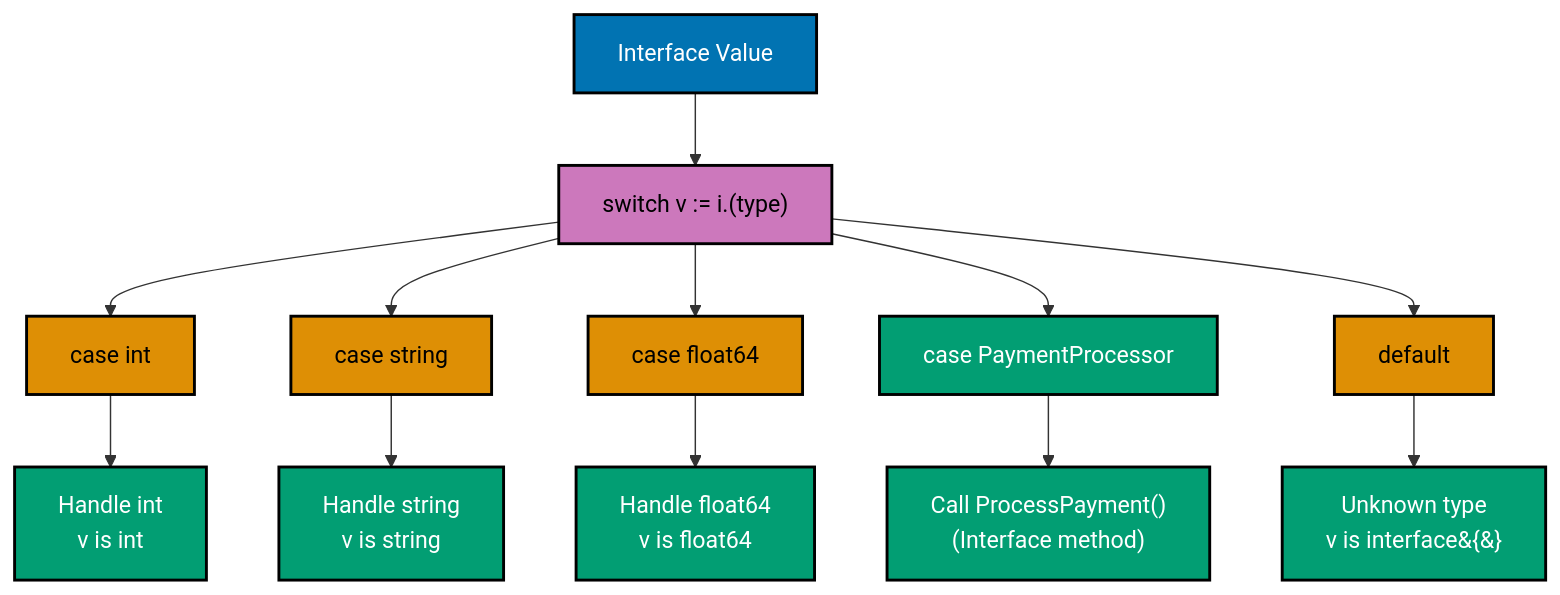
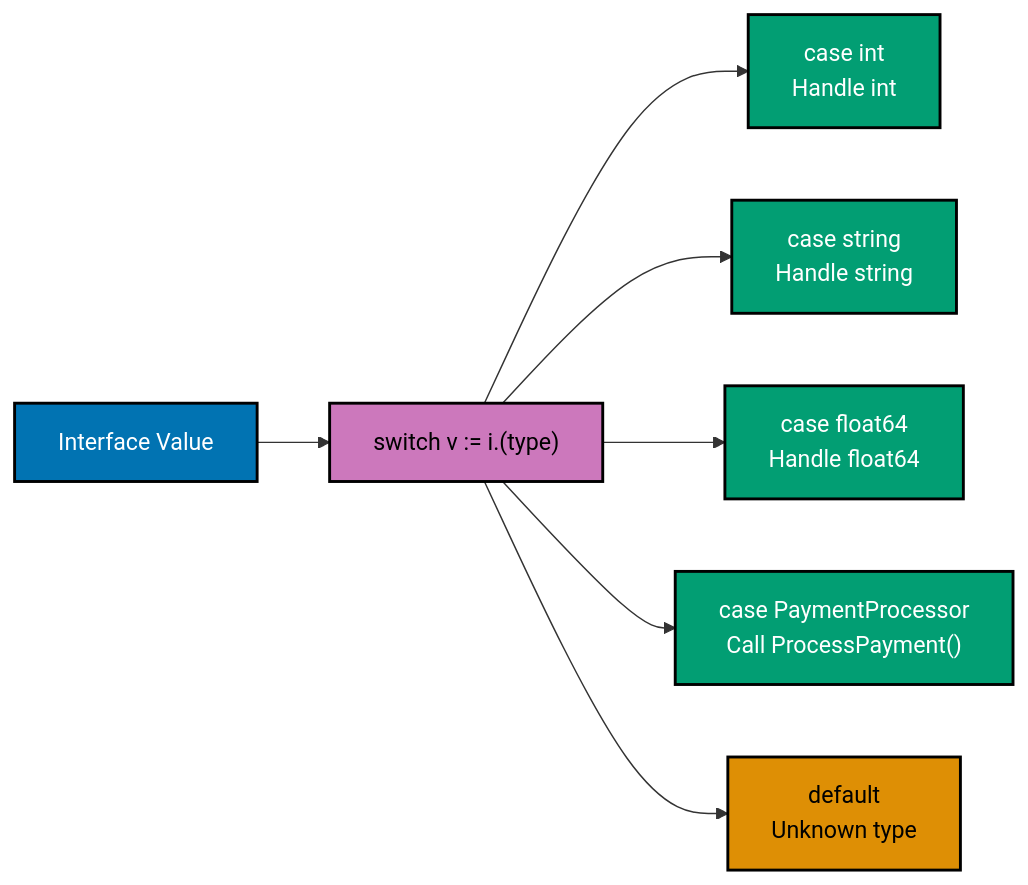
The third of 5 diagrams in docs/explanation/software-engineering/programming-languages/golang/type-safety-standards.md (wahidyankf/open-sharia-enterprise), drawn with Mermaid before and after one commit. The commit also changed other lines of this file and 11 other files, not shown here.

First line of the commit message:
fix(docs): fix mermaid violations in golang docs

````diff
--- a/docs/explanation/software-engineering/programming-languages/golang/type-safety-standards.md
+++ b/docs/explanation/software-engineering/programming-languages/golang/type-safety-standards.md
@@ -956,23 +947,17 @@
 ```mermaid
 %% Color Palette: Blue #0173B2, Orange #DE8F05, Teal #029E73, Purple #CC78BC
 %% All colors are color-blind friendly and meet WCAG AA contrast standards
 
-graph TD
+graph LR
     A["Interface Value"]:::blue --> B["switch v := i.#40;type#41;"]:::purple
-    B --> C["case int"]:::orange
-    B --> D["case string"]:::orange
-    B --> E["case float64"]:::orange
-    B --> F["case PaymentProcessor"]:::teal
-    B --> G["default"]:::orange
-
-    C --> H["Handle int<br/>v is int"]:::teal
-    D --> I["Handle string<br/>v is string"]:::teal
-    E --> J["Handle float64<br/>v is float64"]:::teal
-    F --> K["Call ProcessPayment#40;#41;<br/>#40;Interface method#41;"]:::teal
-    G --> L["Unknown type<br/>v is interface&#123;&#125;"]:::teal
+    B --> C["case int<br/>Handle int"]:::teal
+    B --> D["case string<br/>Handle string"]:::teal
+    B --> E["case float64<br/>Handle float64"]:::teal
+    B --> F["case PaymentProcessor<br/>Call ProcessPayment#40;#41;"]:::teal
+    B --> G["default<br/>Unknown type"]:::orange
 
     classDef blue fill:#0173B2,stroke:#000000,color:#FFFFFF,stroke-width:2px
     classDef orange fill:#DE8F05,stroke:#000000,color:#000000,stroke-width:2px
     classDef teal fill:#029E73,stroke:#000000,color:#FFFFFF,stroke-width:2px
     classDef purple fill:#CC78BC,stroke:#000000,color:#000000,stroke-width:2px
 ```
````
